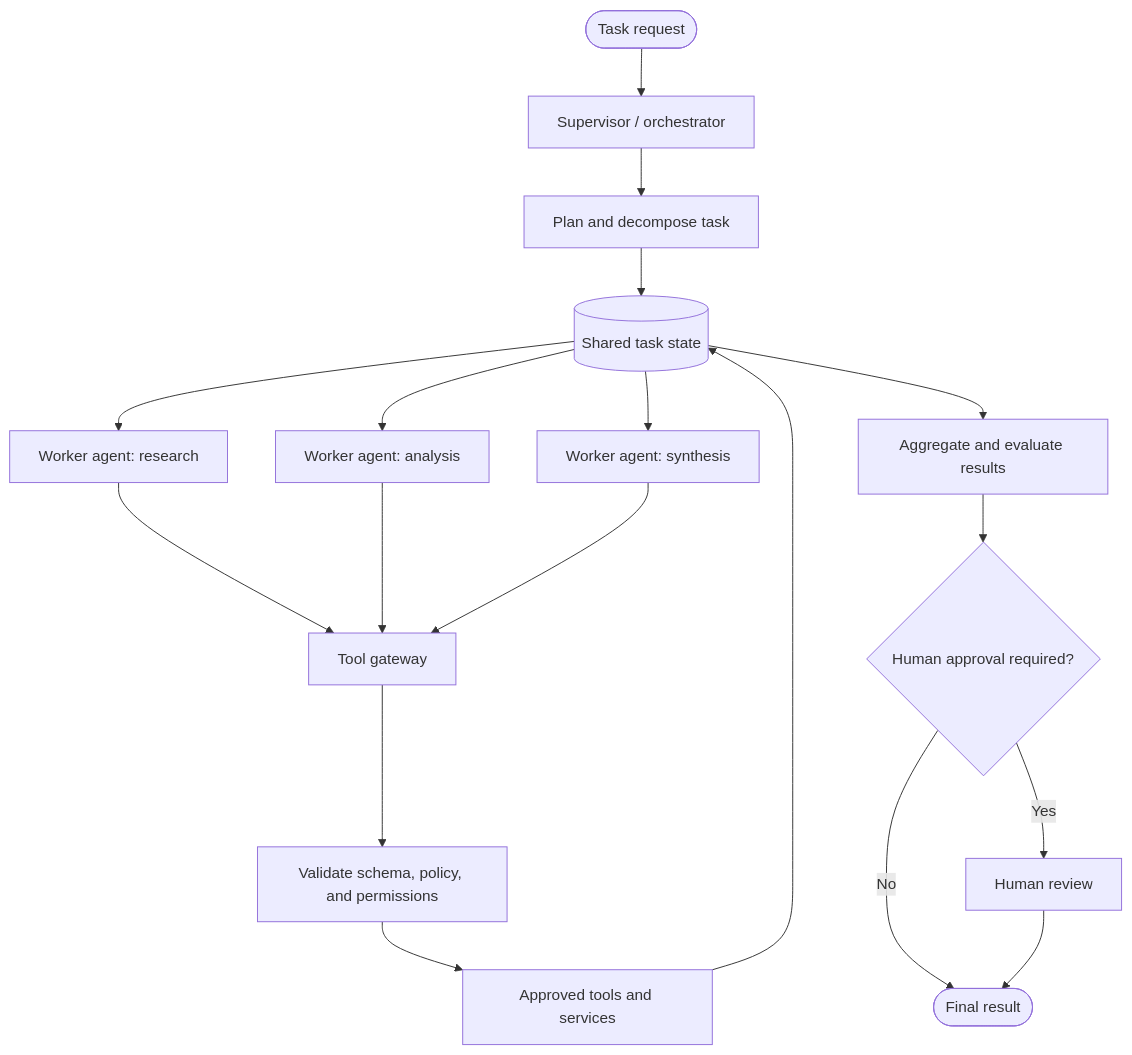
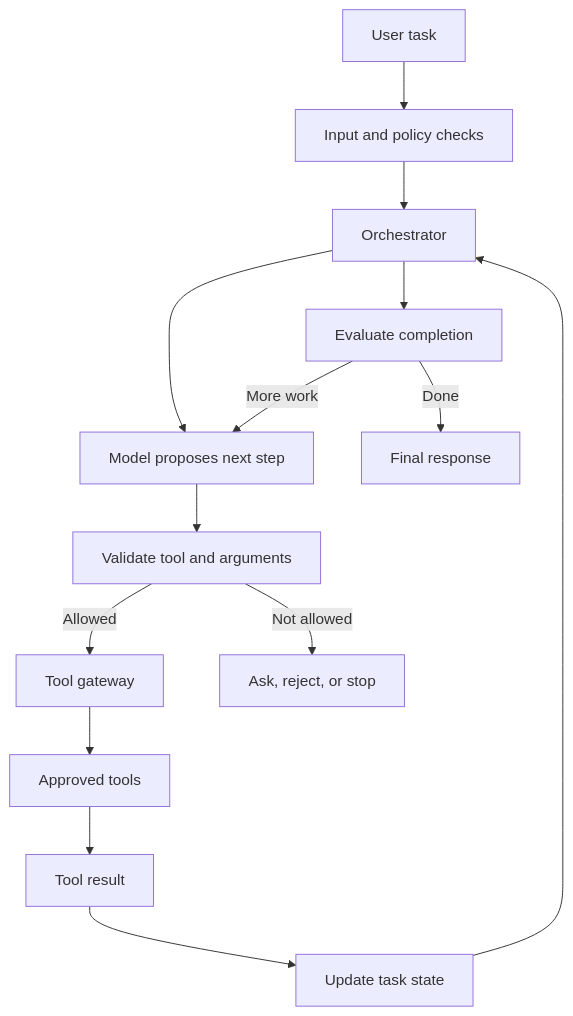
One commit to codergirl73/agentic-ai-system-design changed the first of 5 diagrams in MODULE_7_AGENT_ARCHITECTURE.md. Above: the diagram before and after it, drawn with Mermaid. The commit also changed other lines of this file, not shown here.

````diff
--- a/MODULE_7_AGENT_ARCHITECTURE.md
+++ b/MODULE_7_AGENT_ARCHITECTURE.md
@@ -9,20 +20,16 @@
-```mermaid
+~~~mermaid
 flowchart TD
-    U([Task request]) --> O[Supervisor / orchestrator]
-    O --> P[Plan and decompose task]
-    P --> S[(Shared task state)]
-    S --> W1[Worker agent: research]
-    S --> W2[Worker agent: analysis]
-    S --> W3[Worker agent: synthesis]
-    W1 --> G[Tool gateway]
-    W2 --> G
-    W3 --> G
-    G --> V[Validate schema, policy, and permissions]
-    V --> T[Approved tools and services]
-    T --> S
-    S --> C[Aggregate and evaluate results]
-    C --> H{Human approval required?}
-    H -->|Yes| A[Human review]
-    H -->|No| F([Final result])
-    A --> F
-```
+    U["User task"] --> I["Input and policy checks"]
+    I --> O["Orchestrator"]
+    O --> M["Model proposes next step"]
+    M --> V["Validate tool and arguments"]
+    V -->|Allowed| G["Tool gateway"]
+    V -->|Not allowed| H["Ask, reject, or stop"]
+    G --> T["Approved tools"]
+    T --> R["Tool result"]
+    R --> S["Update task state"]
+    S --> O
+    O --> E["Evaluate completion"]
+    E -->|Done| F["Final response"]
+    E -->|More work| M
+~~~
````
